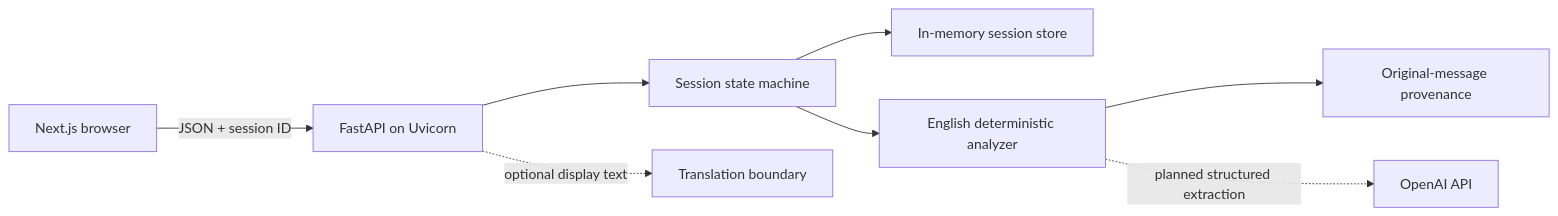
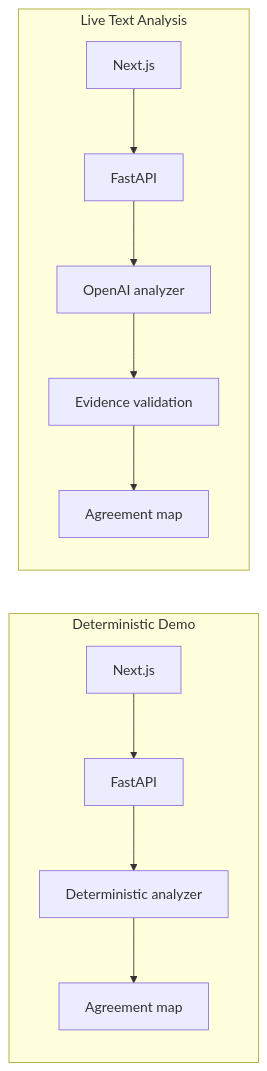
Before and after one commit to SarangMarkandey/meaning-sync: the diagram in docs/architecture.md, drawn with Mermaid. The commit also changed other lines of this file and 46 other files, not shown here.

Commit message:
feat: add OpenAI-powered English agreement analysis

````diff
--- a/docs/architecture.md
+++ b/docs/architecture.md
@@ -7,10 +5,14 @@
 ```mermaid
 flowchart LR
-  B[Next.js browser] -->|JSON + session ID| API[FastAPI on Uvicorn]
-  API --> SM[Session state machine]
-  SM --> MEM[In-memory session store]
-  SM --> DET[English deterministic analyzer]
-  DET --> PROV[Original-message provenance]
-  API -. optional display text .-> TR[Translation boundary]
-  DET -. planned structured extraction .-> OAI[OpenAI API]
+  subgraph Demo[Deterministic Demo]
+    DWEB[Next.js] --> DAPI[FastAPI]
+    DAPI --> DET[Deterministic analyzer]
+    DET --> DMAP[Agreement map]
+  end
+  subgraph Live[Live Text Analysis]
+    LWEB[Next.js] --> LAPI[FastAPI]
+    LAPI --> OAI[OpenAI analyzer]
+    OAI --> VAL[Evidence validation]
+    VAL --> LMAP[Agreement map]
+  end
 ```
````
